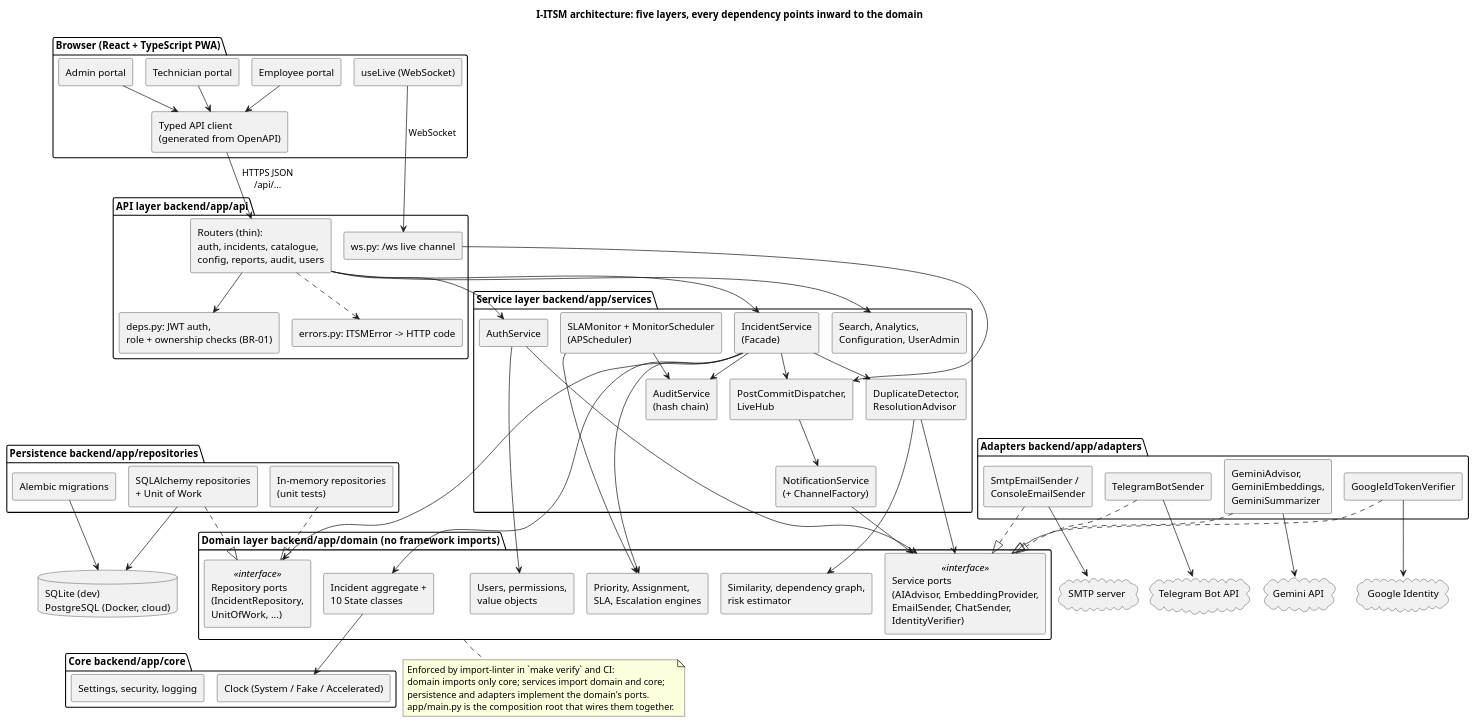
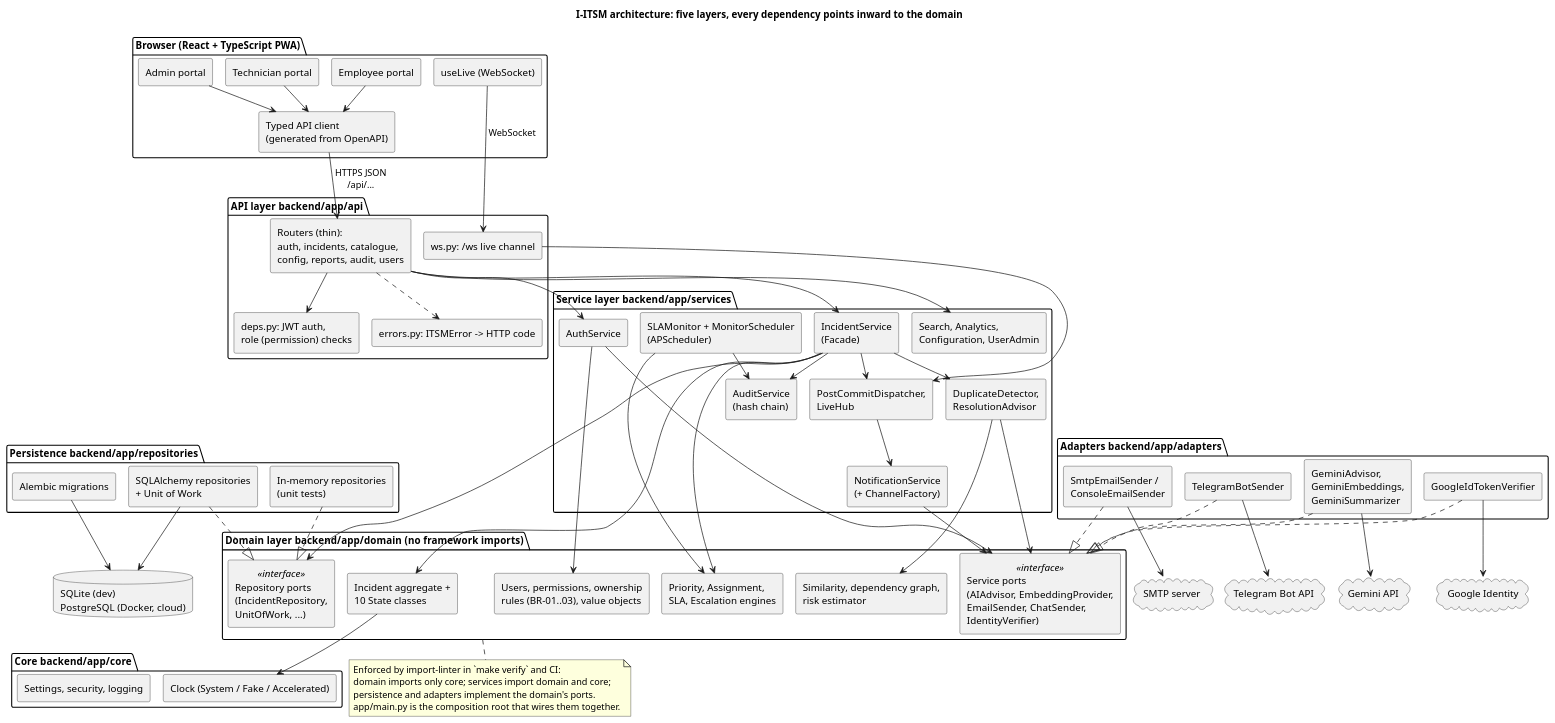
Before and after one commit to Siddhant944/i-itsm: the diagram in docs/diagrams/architecture.puml, drawn with PlantUML. The commit also changed 33 other files, not shown here.

```diff
--- a/docs/diagrams/architecture.puml
+++ b/docs/diagrams/architecture.puml
@@ -1,117 +1,117 @@
 @startuml architecture
 !pragma layout smetana
 skinparam shadowing false
 skinparam defaultFontName Helvetica
 skinparam componentStyle rectangle
 title I-ITSM architecture: five layers, every dependency points inward to the domain
 
 package "Browser (React + TypeScript PWA)" as FE {
   [Employee portal] as EP
   [Technician portal] as TP
   [Admin portal] as AP
   [Typed API client\n(generated from OpenAPI)] as CLIENT
   [useLive (WebSocket)] as LIVE_C
 }
 
 package "API layer  backend/app/api" as API {
   [Routers (thin):\nauth, incidents, catalogue,\nconfig, reports, audit, users] as ROUTERS
-  [deps.py: JWT auth,\nrole + ownership checks (BR-01)] as DEPS
+  [deps.py: JWT auth,\nrole (permission) checks] as DEPS
   [errors.py: ITSMError -> HTTP code] as ERR
   [ws.py: /ws live channel] as WS
 }
 
 package "Service layer  backend/app/services" as SVC {
   [IncidentService\n(Facade)] as FACADE
   [AuthService] as AUTH
   [SLAMonitor + MonitorScheduler\n(APScheduler)] as MON
   [NotificationService\n(+ ChannelFactory)] as NOTIF
   [AuditService\n(hash chain)] as AUDIT
   [DuplicateDetector,\nResolutionAdvisor] as AI
   [Search, Analytics,\nConfiguration, UserAdmin] as OPS
   [PostCommitDispatcher,\nLiveHub] as DISP
 }
 
 package "Domain layer  backend/app/domain  (no framework imports)" as DOM {
   [Incident aggregate +\n10 State classes] as INC
   [Priority, Assignment,\nSLA, Escalation engines] as ENG
-  [Users, permissions,\nvalue objects] as USERS
+  [Users, permissions, ownership\nrules (BR-01..03), value objects] as USERS
   [Similarity, dependency graph,\nrisk estimator] as INTEL
   [Repository ports\n(IncidentRepository,\nUnitOfWork, ...)] <<interface>> as REPO_PORT
   [Service ports\n(AIAdvisor, EmbeddingProvider,\nEmailSender, ChatSender,\nIdentityVerifier)] <<interface>> as SVC_PORT
 }
 
 package "Core  backend/app/core" as CORE {
   [Clock (System / Fake / Accelerated)] as CLOCK
   [Settings, security, logging] as CONF
 }
 
 package "Persistence  backend/app/repositories" as PERS {
   [SQLAlchemy repositories\n+ Unit of Work] as SQLREPO
   [In-memory repositories\n(unit tests)] as MEMREPO
   [Alembic migrations] as ALEMBIC
 }
 
 package "Adapters  backend/app/adapters" as ADP {
   [GeminiAdvisor,\nGeminiEmbeddings,\nGeminiSummarizer] as GEMA
   [SmtpEmailSender /\nConsoleEmailSender] as SMTPA
   [TelegramBotSender] as TGA
   [GoogleIdTokenVerifier] as GOOA
 }
 
 database "SQLite (dev)\nPostgreSQL (Docker, cloud)" as DB
 cloud "Gemini API" as GEMINI
 cloud "SMTP server" as SMTP
 cloud "Telegram Bot API" as TELEGRAM
 cloud "Google Identity" as GOOGLE
 
 EP --> CLIENT
 TP --> CLIENT
 AP --> CLIENT
 CLIENT --> ROUTERS : HTTPS JSON\n/api/...
 LIVE_C --> WS : WebSocket
 
 ROUTERS --> DEPS
 ROUTERS --> FACADE
 ROUTERS --> AUTH
 ROUTERS --> OPS
 ROUTERS ..> ERR
 WS --> DISP
 
 FACADE --> INC
 FACADE --> ENG
 FACADE --> AUDIT
 FACADE --> AI
 FACADE --> DISP
 MON --> ENG
 MON --> AUDIT
 DISP --> NOTIF
 AUTH --> USERS
 AI --> INTEL
 
 INC --> CLOCK
 FACADE --> REPO_PORT
 NOTIF --> SVC_PORT
 AI --> SVC_PORT
 AUTH --> SVC_PORT
 
 SQLREPO ..|> REPO_PORT
 MEMREPO ..|> REPO_PORT
 GEMA ..|> SVC_PORT
 SMTPA ..|> SVC_PORT
 TGA ..|> SVC_PORT
 GOOA ..|> SVC_PORT
 
 SQLREPO --> DB
 ALEMBIC --> DB
 GEMA --> GEMINI
 SMTPA --> SMTP
 TGA --> TELEGRAM
 GOOA --> GOOGLE
 
 note bottom of DOM
   Enforced by import-linter in `make verify` and CI:
   domain imports only core; services import domain and core;
   persistence and adapters implement the domain's ports.
   app/main.py is the composition root that wires them together.
 end note
 @enduml
```
